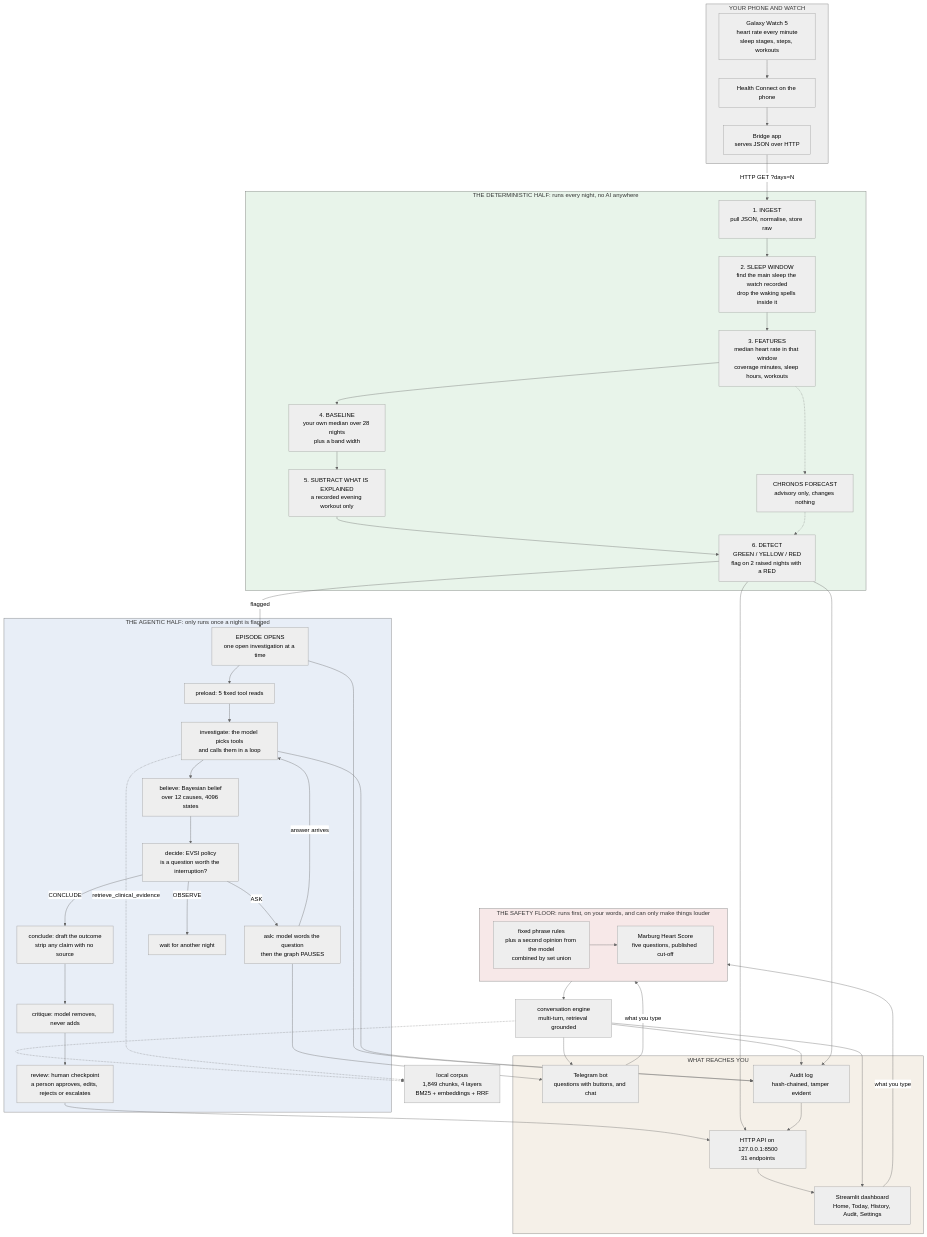
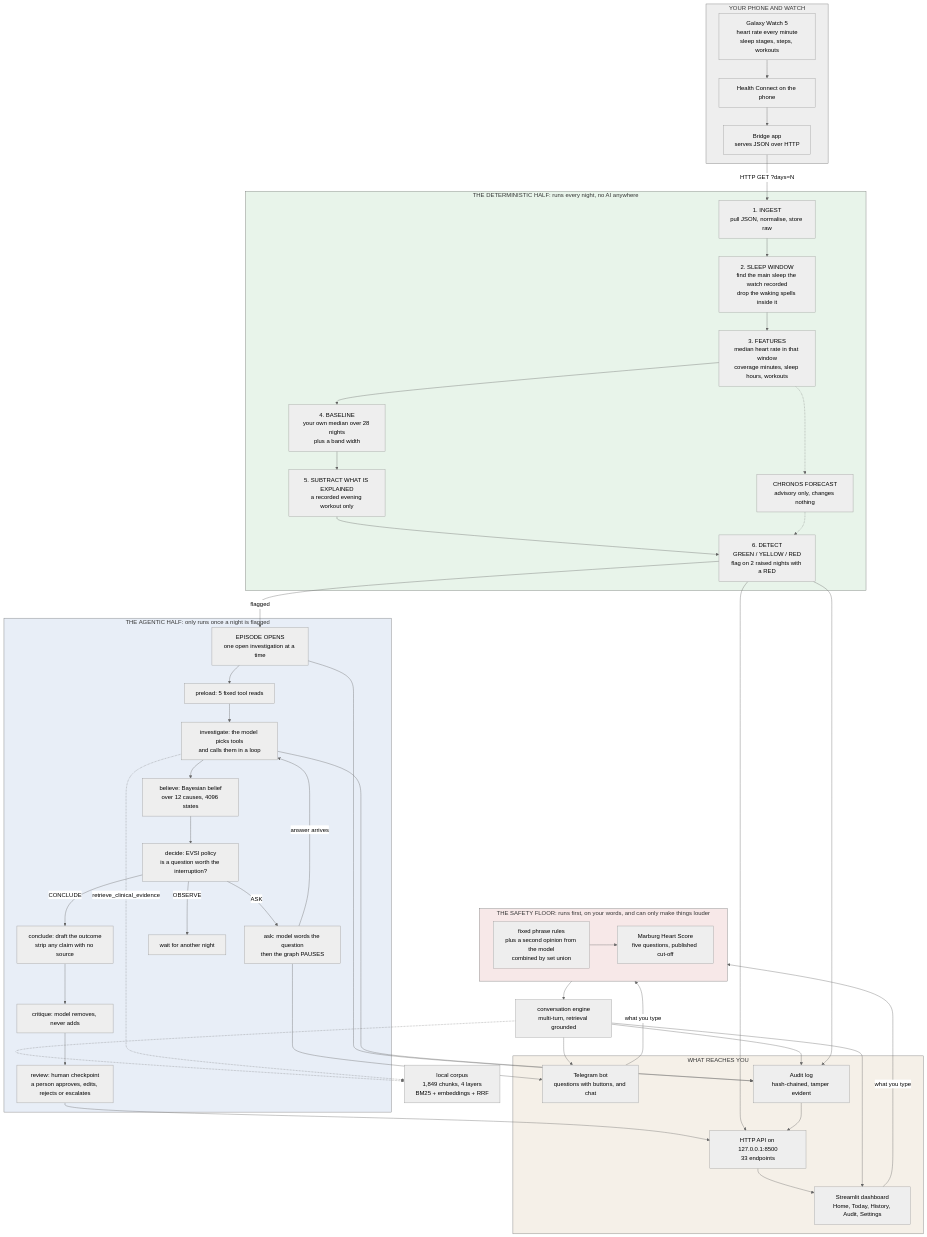
Before and after one commit to NatBrian/wearable-health-agent: the first of 11 diagrams in docs/ARCHITECTURE.md, drawn with Mermaid (neutral theme). The commit also changed 22 other files, not shown here.

````diff
--- a/docs/ARCHITECTURE.md
+++ b/docs/ARCHITECTURE.md
@@ -31,77 +31,77 @@
 ```mermaid
 flowchart TB
     subgraph PHONE["YOUR PHONE AND WATCH"]
         W["Galaxy Watch 5<br/>heart rate every minute<br/>sleep stages, steps, workouts"]
         HC["Health Connect on the phone"]
         BR["Bridge app<br/>serves JSON over HTTP"]
         W --> HC --> BR
     end
 
     subgraph DET["THE DETERMINISTIC HALF: runs every night, no AI anywhere"]
         ING["1. INGEST<br/>pull JSON, normalise, store raw"]
         WIN["2. SLEEP WINDOW<br/>find the main sleep the watch recorded<br/>drop the waking spells inside it"]
         FEA["3. FEATURES<br/>median heart rate in that window<br/>coverage minutes, sleep hours, workouts"]
         BASE["4. BASELINE<br/>your own median over 28 nights<br/>plus a band width"]
         EXPL["5. SUBTRACT WHAT IS EXPLAINED<br/>a recorded evening workout only"]
         DETECT["6. DETECT<br/>GREEN / YELLOW / RED<br/>flag on 2 raised nights with a RED"]
         FC["CHRONOS FORECAST<br/>advisory only, changes nothing"]
         ING --> WIN --> FEA --> BASE --> EXPL --> DETECT
         FEA -.-> FC -.-> DETECT
     end
 
     subgraph AG["THE AGENTIC HALF: only runs once a night is flagged"]
         EP["EPISODE OPENS<br/>one open investigation at a time"]
         PRE["preload: 5 fixed tool reads"]
         INV["investigate: the model picks tools<br/>and calls them in a loop"]
         BEL["believe: Bayesian belief<br/>over 12 causes, 4096 states"]
         DEC["decide: EVSI policy<br/>is a question worth the interruption?"]
         ASK["ask: model words the question<br/>then the graph PAUSES"]
         CON["conclude: draft the outcome<br/>strip any claim with no source"]
         CRI["critique: model removes, never adds"]
         REV["review: human checkpoint<br/>a person approves, edits, rejects or escalates"]
         EP --> PRE --> INV --> BEL --> DEC
         DEC -->|ASK| ASK
         DEC -->|OBSERVE| WAIT["wait for another night"]
         DEC -->|CONCLUDE| CON
         ASK -->|answer arrives| INV
         CON --> CRI --> REV
     end
 
     subgraph SAFE["THE SAFETY FLOOR: runs first, on your words, and can only make things louder"]
         FLOOR["fixed phrase rules<br/>plus a second opinion from the model<br/>combined by set union"]
         TRI["Marburg Heart Score<br/>five questions, published cut-off"]
         FLOOR --> TRI
     end
 
     subgraph OUT["WHAT REACHES YOU"]
-        API["HTTP API on 127.0.0.1:8500<br/>31 endpoints"]
+        API["HTTP API on 127.0.0.1:8500<br/>33 endpoints"]
         DASH["Streamlit dashboard<br/>Home, Today, History, Audit, Settings"]
         TG["Telegram bot<br/>questions with buttons, and chat"]
         AUD["Audit log<br/>hash-chained, tamper evident"]
     end
 
     BR -->|"HTTP GET ?days=N"| ING
     DETECT -->|"flagged"| EP
     ASK --> TG
     REV --> API
     DETECT --> API
     API --> DASH
     TG -->|"what you type"| SAFE
     DASH -->|"what you type"| SAFE
     SAFE --> CONV["conversation engine<br/>multi-turn, retrieval grounded"]
     CONV --> TG
     CONV --> DASH
     INV -.->|"retrieve_clinical_evidence"| RAG["local corpus<br/>1,849 chunks, 4 layers<br/>BM25 + embeddings + RRF"]
     CONV -.-> RAG
     EP --> AUD
     INV --> AUD
     CONV --> AUD
     DETECT --> AUD
     AUD --> API
 
     style DET fill:#e8f4ea
     style AG fill:#e8eef7
     style SAFE fill:#f7e8e8
     style OUT fill:#f5f0e8
     style PHONE fill:#eeeeee
 ```
````
